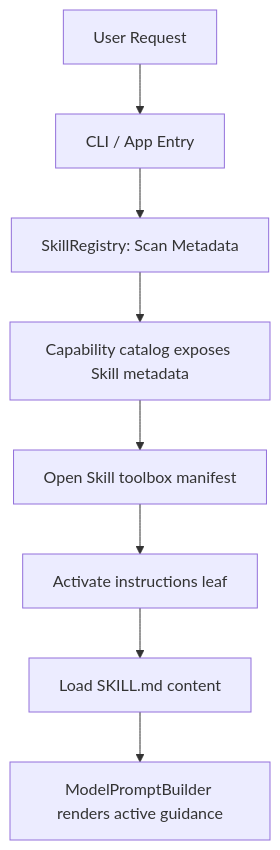
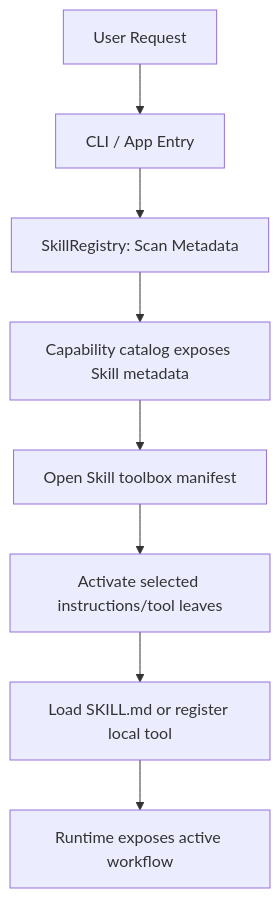
The diagram in docs/extensions/skill-system.md (yuanchangsai77/testcode), drawn with Mermaid before and after one commit. The commit also changed other lines of this file and 64 other files, not shown here.

````diff
--- a/docs/extensions/skill-system.md
+++ b/docs/extensions/skill-system.md
@@ -82,10 +89,10 @@
 ```mermaid
 graph TD
     A[User Request] --> B[CLI / App Entry]
     B --> C[SkillRegistry: Scan Metadata]
     C --> D[Capability catalog exposes Skill metadata]
     D --> E[Open Skill toolbox manifest]
-    E --> F[Activate instructions leaf]
-    F --> G[Load SKILL.md content]
-    G --> H[ModelPromptBuilder renders active guidance]
+    E --> F[Activate selected instructions/tool leaves]
+    F --> G[Load SKILL.md or register local tool]
+    G --> H[Runtime exposes active workflow]
 ```
````
